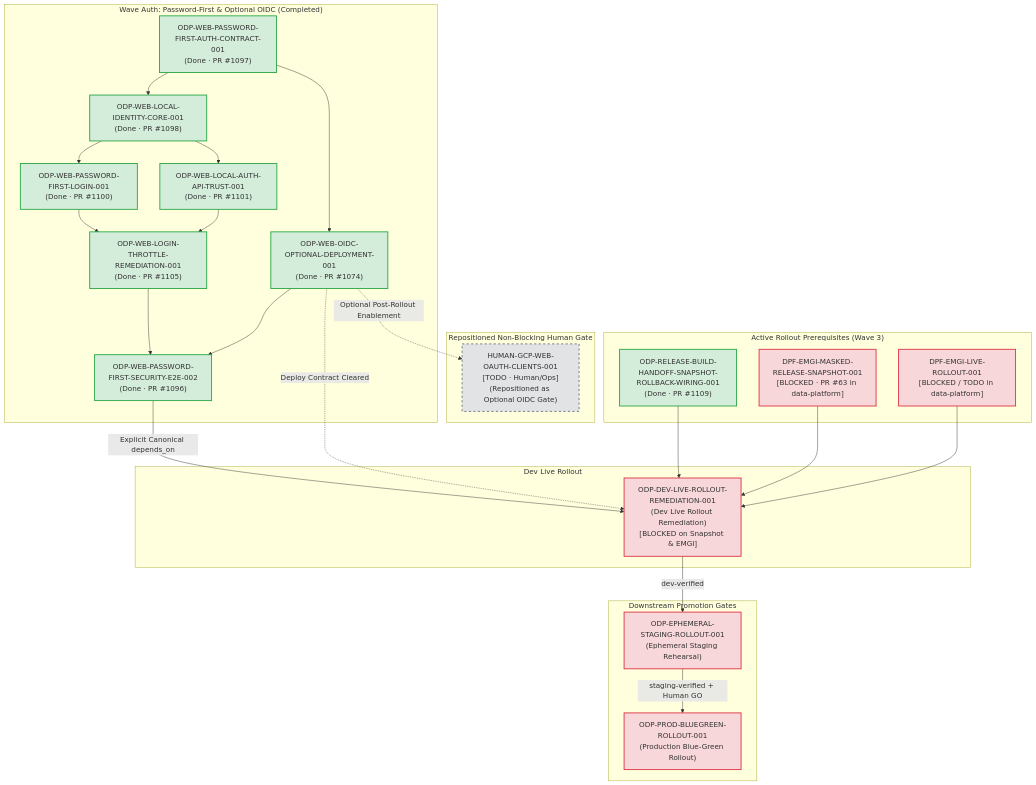
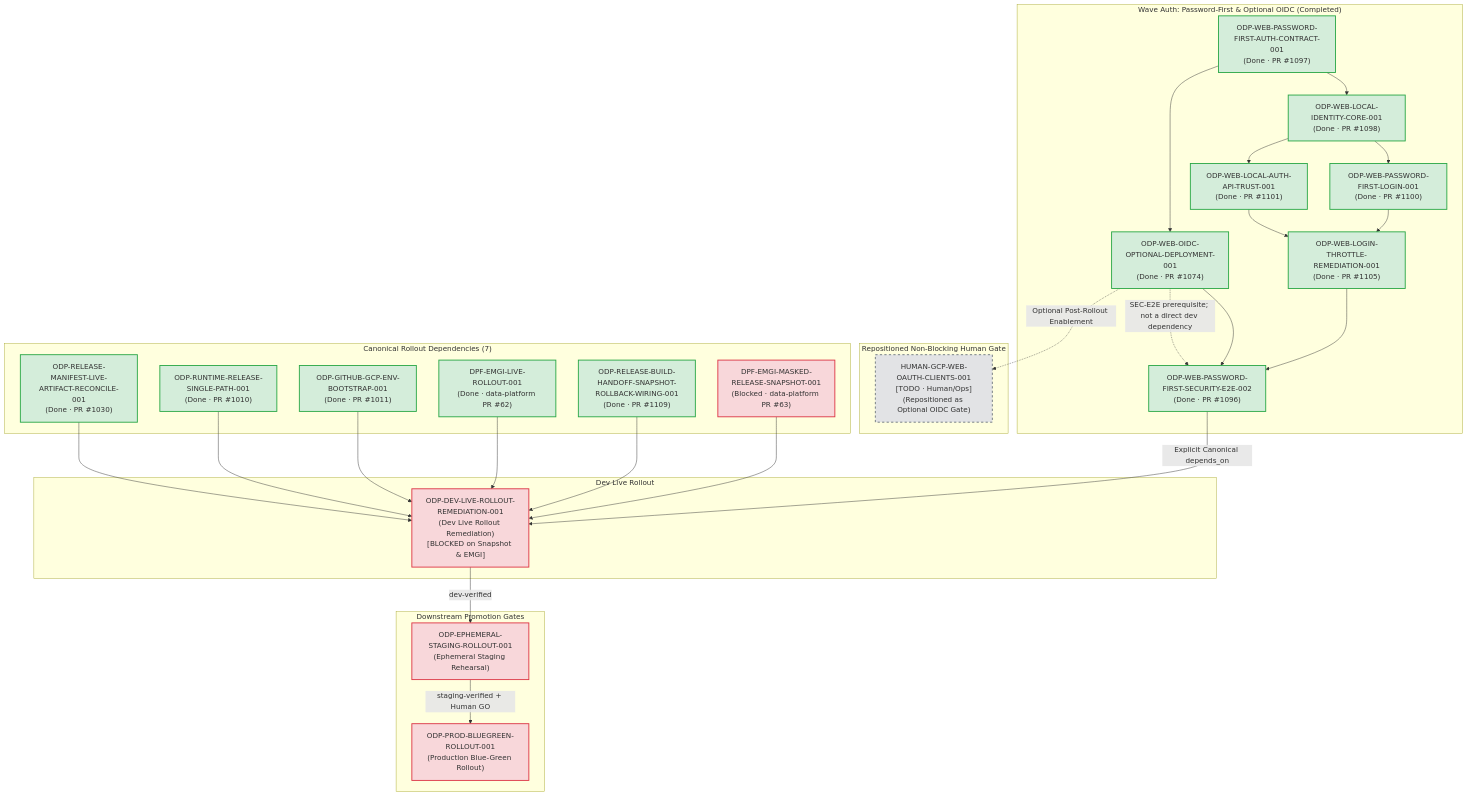
One commit to alfloop-dev/odayplus changed the diagram in docs/evidence/runtime/ODP-WEB-OAUTH-GATE-RETARGET-001/updated-rollout-dependency-graph.md. Above: the diagram before and after it, drawn with Mermaid. The commit also changed other lines of this file and 3 other files, not shown here.

First line of the commit message:
ODP-WEB-OAUTH-GATE-RETARGET-001: anchor corrected evidence

````diff
--- a/docs/evidence/runtime/ODP-WEB-OAUTH-GATE-RETARGET-001/updated-rollout-dependency-graph.md
+++ b/docs/evidence/runtime/ODP-WEB-OAUTH-GATE-RETARGET-001/updated-rollout-dependency-graph.md
@@ -14,58 +14,64 @@
 ```mermaid
 flowchart TD
     subgraph Wave_Auth ["Wave Auth: Password-First & Optional OIDC (Completed)"]
         AUTH_CONTRACT["ODP-WEB-PASSWORD-FIRST-AUTH-CONTRACT-001<br/>(Done · PR #1097)"]
         LOCAL_CORE["ODP-WEB-LOCAL-IDENTITY-CORE-001<br/>(Done · PR #1098)"]
         LOGIN_ROUTE["ODP-WEB-PASSWORD-FIRST-LOGIN-001<br/>(Done · PR #1100)"]
         API_TRUST["ODP-WEB-LOCAL-AUTH-API-TRUST-001<br/>(Done · PR #1101)"]
         THROTTLE["ODP-WEB-LOGIN-THROTTLE-REMEDIATION-001<br/>(Done · PR #1105)"]
         OIDC_OPT["ODP-WEB-OIDC-OPTIONAL-DEPLOYMENT-001<br/>(Done · PR #1074)"]
         SEC_E2E["ODP-WEB-PASSWORD-FIRST-SECURITY-E2E-002<br/>(Done · PR #1096)"]
 
         AUTH_CONTRACT --> LOCAL_CORE & OIDC_OPT
         LOCAL_CORE --> LOGIN_ROUTE & API_TRUST
         LOGIN_ROUTE & API_TRUST --> THROTTLE
         THROTTLE & OIDC_OPT --> SEC_E2E
     end
 
     subgraph Repositioned_Human_Gate ["Repositioned Non-Blocking Human Gate"]
         HUMAN_OAUTH["HUMAN-GCP-WEB-OAUTH-CLIENTS-001<br/>[TODO · Human/Ops]<br/>(Repositioned as Optional OIDC Gate)"]
     end
 
-    subgraph Active_Rollout_Blockers ["Active Rollout Prerequisites (Wave 3)"]
+    subgraph Rollout_Dependencies ["Canonical Rollout Dependencies (7)"]
+        MANIFEST["ODP-RELEASE-MANIFEST-LIVE-ARTIFACT-RECONCILE-001<br/>(Done · PR #1030)"]
+        SINGLE_PATH["ODP-RUNTIME-RELEASE-SINGLE-PATH-001<br/>(Done · PR #1010)"]
+        ENV_BOOTSTRAP["ODP-GITHUB-GCP-ENV-BOOTSTRAP-001<br/>(Done · PR #1011)"]
+        DPF_ROLLOUT["DPF-EMGI-LIVE-ROLLOUT-001<br/>(Done · data-platform PR #62)"]
         WIRING["ODP-RELEASE-BUILD-HANDOFF-SNAPSHOT-ROLLBACK-WIRING-001<br/>(Done · PR #1109)"]
-        MASKED_SNAP["DPF-EMGI-MASKED-RELEASE-SNAPSHOT-001<br/>[BLOCKED · PR #63 in data-platform]"]
-        DPF_ROLLOUT["DPF-EMGI-LIVE-ROLLOUT-001<br/>[BLOCKED / TODO in data-platform]"]
+        MASKED_SNAP["DPF-EMGI-MASKED-RELEASE-SNAPSHOT-001<br/>(Blocked · data-platform PR #63)"]
     end
 
     subgraph Dev_Rollout ["Dev Live Rollout"]
         DEV_REMED["ODP-DEV-LIVE-ROLLOUT-REMEDIATION-001<br/>(Dev Live Rollout Remediation)<br/>[BLOCKED on Snapshot & EMGI]"]
     end
 
     subgraph Downstream_Rollout_Gates ["Downstream Promotion Gates"]
         STAGING["ODP-EPHEMERAL-STAGING-ROLLOUT-001<br/>(Ephemeral Staging Rehearsal)"]
         PROD["ODP-PROD-BLUEGREEN-ROLLOUT-001<br/>(Production Blue-Green Rollout)"]
     end
 
-    %% Retargeted flow:
-    SEC_E2E -->|Explicit Canonical depends_on| DEV_REMED
-    OIDC_OPT -.->|Deploy Contract Cleared| DEV_REMED
+    %% Exact canonical depends_on edges after retarget:
+    MANIFEST --> DEV_REMED
+    SINGLE_PATH --> DEV_REMED
+    ENV_BOOTSTRAP --> DEV_REMED
+    DPF_ROLLOUT --> DEV_REMED
     WIRING --> DEV_REMED
     MASKED_SNAP --> DEV_REMED
-    DPF_ROLLOUT --> DEV_REMED
+    SEC_E2E -->|Explicit Canonical depends_on| DEV_REMED
+    OIDC_OPT -.->|SEC-E2E prerequisite; not a direct dev dependency| SEC_E2E
 
     DEV_REMED -->|dev-verified| STAGING
     STAGING -->|staging-verified + Human GO| PROD
 
     %% Optional path:
     OIDC_OPT -.->|Optional Post-Rollout Enablement| HUMAN_OAUTH
 
     classDef done fill:#d4edda,stroke:#28a745,stroke-width:2px;
     classDef blocked fill:#f8d7da,stroke:#dc3545,stroke-width:2px;
     classDef inprogress fill:#fff3cd,stroke:#ffc107,stroke-width:2px;
     classDef optional fill:#e2e3e5,stroke:#6c757d,stroke-width:2px,stroke-dasharray: 5 5;
 
-    class AUTH_CONTRACT,LOCAL_CORE,LOGIN_ROUTE,API_TRUST,THROTTLE,OIDC_OPT,SEC_E2E,WIRING done;
-    class MASKED_SNAP,DPF_ROLLOUT,DEV_REMED,STAGING,PROD blocked;
+    class AUTH_CONTRACT,LOCAL_CORE,LOGIN_ROUTE,API_TRUST,THROTTLE,OIDC_OPT,SEC_E2E,MANIFEST,SINGLE_PATH,ENV_BOOTSTRAP,DPF_ROLLOUT,WIRING done;
+    class MASKED_SNAP,DEV_REMED,STAGING,PROD blocked;
     class HUMAN_OAUTH optional;
 ```
````
